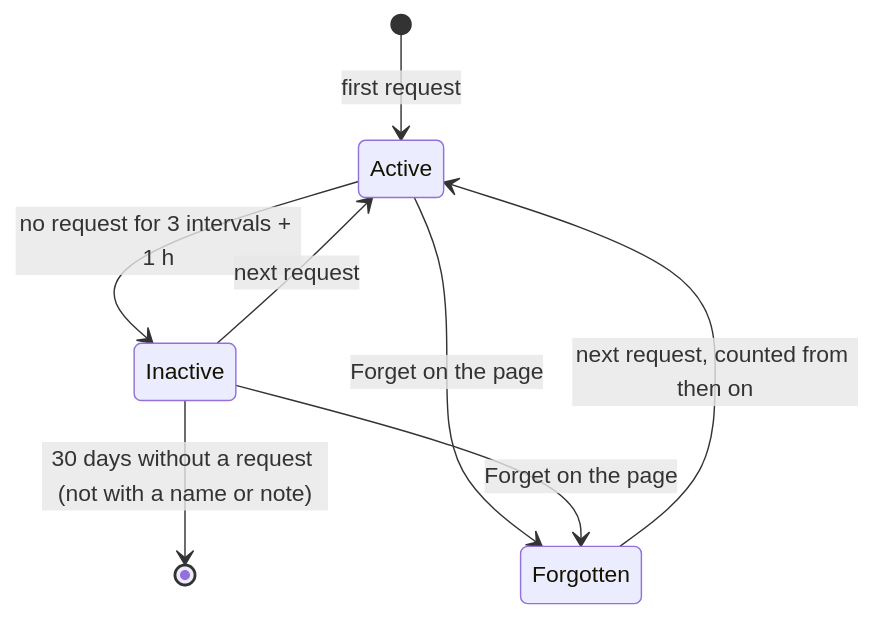
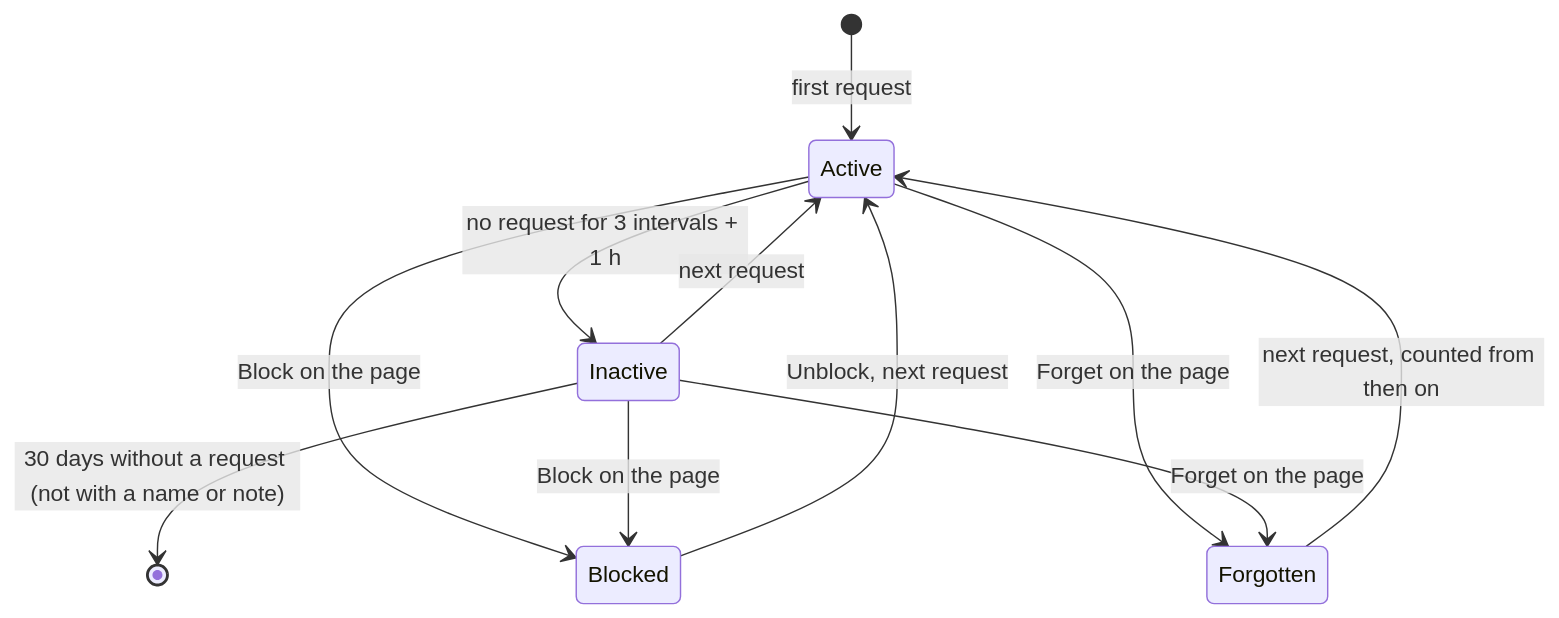
The first of 2 diagrams in time_server/DOCS.md (n-schilling/ha-app-chrony-mqtt), drawn with Mermaid before and after one commit. The commit also changed other lines of this file and 12 other files, not shown here.

First line of the commit message:
Block a client from the page, over NTP and HTTP (3.1.0)

````diff
--- a/time_server/DOCS.md
+++ b/time_server/DOCS.md
@@ -69,10 +69,13 @@
 ```mermaid
 stateDiagram-v2
     [*] --> Active: first request
     Active --> Inactive: no request for 3 intervals + 1 h
     Inactive --> Active: next request
     Inactive --> [*]: 30 days without a request (not with a name or note)
+    Active --> Blocked: Block on the page
+    Inactive --> Blocked: Block on the page
+    Blocked --> Active: Unblock, next request
     Active --> Forgotten: Forget on the page
     Inactive --> Forgotten: Forget on the page
     Forgotten --> Active: next request, counted from then on
 ```
````
